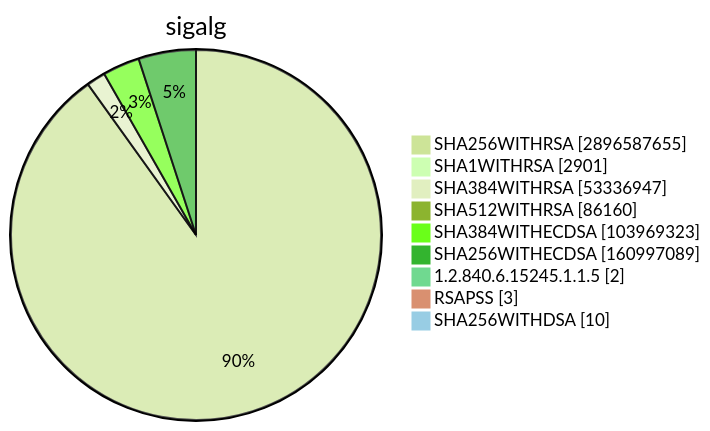
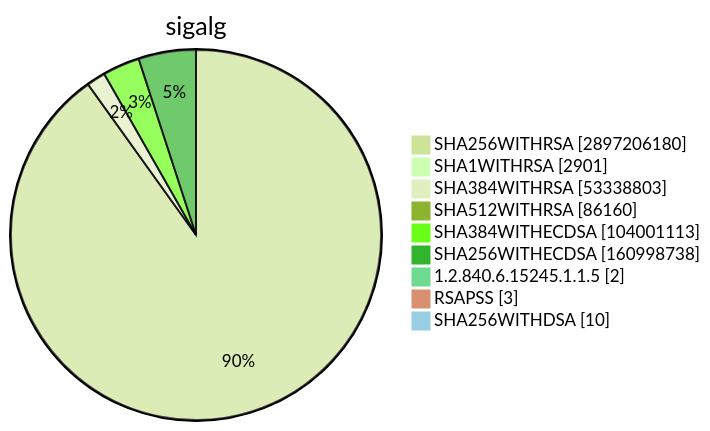
One commit to christiankrug/ctmonitor_visualization changed diagram 15 of 15 in TOTAL/README.md. Above: the diagram before and after it, drawn with Mermaid (forest theme). The commit also changed other lines of this file, not shown here.

````diff
--- a/TOTAL/README.md
+++ b/TOTAL/README.md
@@ -6207,13 +6207,13 @@
 ```mermaid
 pie showData
 title sigalg
-"SHA256WITHRSA" :2896587655
+"SHA256WITHRSA" :2897206180
 "SHA1WITHRSA" :2901
-"SHA384WITHRSA" :53336947
+"SHA384WITHRSA" :53338803
 "SHA512WITHRSA" :86160
-"SHA384WITHECDSA" :103969323
-"SHA256WITHECDSA" :160997089
+"SHA384WITHECDSA" :104001113
+"SHA256WITHECDSA" :160998738
 "1.2.840.6.15245.1.1.5" :2
 "RSAPSS" :3
 "SHA256WITHDSA" :10
 ```
````
